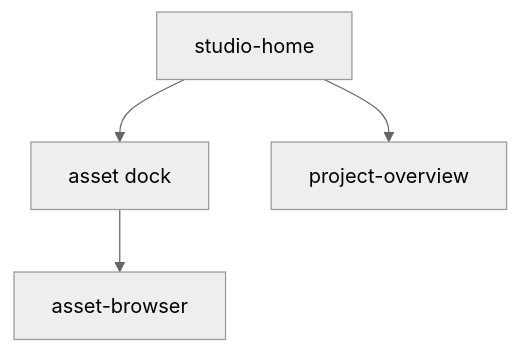
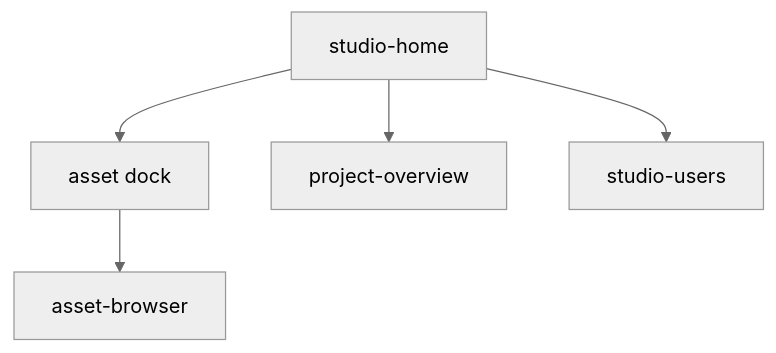
Before and after one commit to JollyPixel/editor: the fifth of 6 diagrams in packages/studio/ARCHITECTURE.md, drawn with Mermaid (neutral theme). The commit also changed other lines of this file and 99 other files, not shown here.

````diff
--- a/packages/studio/ARCHITECTURE.md
+++ b/packages/studio/ARCHITECTURE.md
@@ -149,10 +159,12 @@
 ```mermaid
 flowchart TB
   Home["studio-home"]
   Dock["asset dock"]
   Overview["project-overview"]
   Browser["asset-browser"]
+  Users["studio-users"]
   Home --> Dock
   Home --> Overview
+  Home --> Users
   Dock --> Browser
 ```
````
